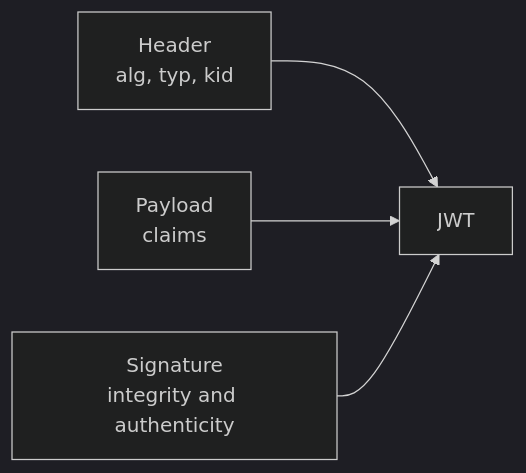
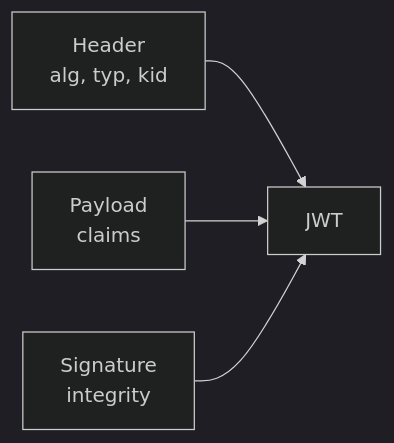
The first of 6 diagrams in src/content/security/jwt-pitfalls.md (AvadhBhalodiya/Interview-Preparation), drawn with Mermaid (dark theme) before and after one commit. The commit also changed other lines of this file and 54 other files, not shown here.

````diff
--- a/src/content/security/jwt-pitfalls.md
+++ b/src/content/security/jwt-pitfalls.md
@@ -22,6 +23,6 @@
 ```mermaid
 flowchart LR
     H[Header<br/>alg, typ, kid] --> J[JWT]
     P[Payload<br/>claims] --> J
-    S[Signature<br/>integrity and authenticity] --> J
+    S[Signature<br/>integrity] --> J
 ```
````
